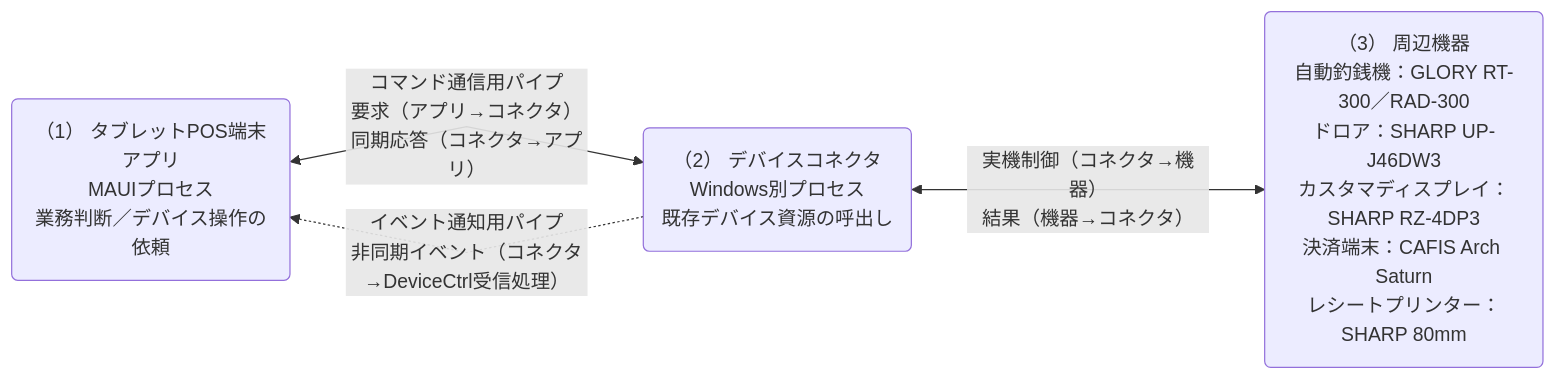
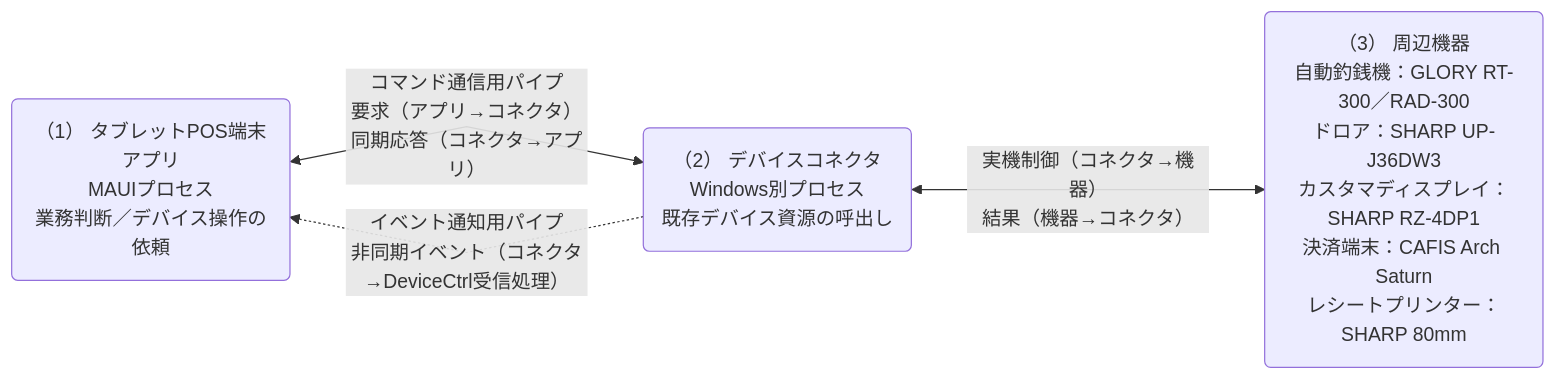
The first of 3 diagrams in artifacts/reports/architecture/ARCH-HOST-01_タブレットPOS_デバイスコネクタ基本設計書/ARCH-HOST-01_タブレットPOS_デバイスコネクタ基本設計書.md (vti-sam/smj-ks-pos-stored), drawn with Mermaid before and after one commit. The commit also changed other lines of this file and 99 other files, not shown here.

````diff
--- a/artifacts/reports/architecture/ARCH-HOST-01_タブレットPOS_デバイスコネクタ基本設計書/ARCH-HOST-01_タブレットPOS_デバイスコネクタ基本設計書.md
+++ b/artifacts/reports/architecture/ARCH-HOST-01_タブレットPOS_デバイスコネクタ基本設計書/ARCH-HOST-01_タブレットPOS_デバイスコネクタ基本設計書.md
@@ -261,23 +239,23 @@
 ```mermaid
 %%{init: {"flowchart": {"defaultRenderer": "dagre", "curve": "linear", "nodeSpacing": 54, "rankSpacing": 92}}}%%
 %% diagram-profile=system-context
 flowchart LR
-    %% legend-bind class.app=（1）タブレットPOS端末アプリ
-    %% legend-bind class.host=（2）デバイスコネクタ
-    %% legend-bind class.device=（3）周辺機器
-    %% legend-bind edge.default=◀━━▶ コマンド通信
-    %% legend-bind edge.1=┄┄▶ 非同期イベント
-    %% legend-bind edge.2=◀━━▶ 実機制御
-    %% legend-bind label=コネクターラベル
-    APP("（1） タブレットPOS端末アプリ<br/>MAUIプロセス<br/>業務判断／デバイス操作の依頼")
-    HOST("（2） デバイスコネクタ<br/>Windows別プロセス<br/>既存デバイス資源の呼出し")
-    DEVICE("（3） 周辺機器<br/>自動釣銭機：GLORY RT-300／RAD-300<br/>ドロア：SHARP UP-J46DW3<br/>カスタマディスプレイ：SHARP RZ-4DP3<br/>決済端末：CAFIS Arch Saturn<br/>レシートプリンター：SHARP 80mm")
+ %% legend-bind class.app=（1）タブレットPOS端末アプリ
+ %% legend-bind class.host=（2）デバイスコネクタ
+ %% legend-bind class.device=（3）周辺機器
+ %% legend-bind edge.default=◀━━▶ コマンド通信
+ %% legend-bind edge.1=┄┄▶ 非同期イベント
+ %% legend-bind edge.2=◀━━▶ 実機制御
+ %% legend-bind label=コネクターラベル
+ APP("（1） タブレットPOS端末アプリ<br/>MAUIプロセス<br/>業務判断／デバイス操作の依頼")
+ HOST("（2） デバイスコネクタ<br/>Windows別プロセス<br/>既存デバイス資源の呼出し")
+ DEVICE("（3） 周辺機器<br/>自動釣銭機：GLORY RT-300／RAD-300<br/>ドロア：SHARP UP-J36DW3<br/>カスタマディスプレイ：SHARP RZ-4DP1<br/>決済端末：CAFIS Arch Saturn<br/>レシートプリンター：SHARP 80mm")
 
-    APP <-->|コマンド通信用パイプ<br/>要求（アプリ→コネクタ）<br/>同期応答（コネクタ→アプリ）| HOST
-    HOST -.->|イベント通知用パイプ<br/>非同期イベント（コネクタ→DeviceCtrl受信処理）| APP
-    HOST <-->|実機制御（コネクタ→機器）<br/>結果（機器→コネクタ）| DEVICE
+ APP <-->|コマンド通信用パイプ<br/>要求（アプリ→コネクタ）<br/>同期応答（コネクタ→アプリ）| HOST
+ HOST -.->|イベント通知用パイプ<br/>非同期イベント（コネクタ→DeviceCtrl受信処理）| APP
+ HOST <-->|実機制御（コネクタ→機器）<br/>結果（機器→コネクタ）| DEVICE
 
-    class APP app
-    class HOST host
-    class DEVICE device
+ class APP app
+ class HOST host
+ class DEVICE device
 ```
````
